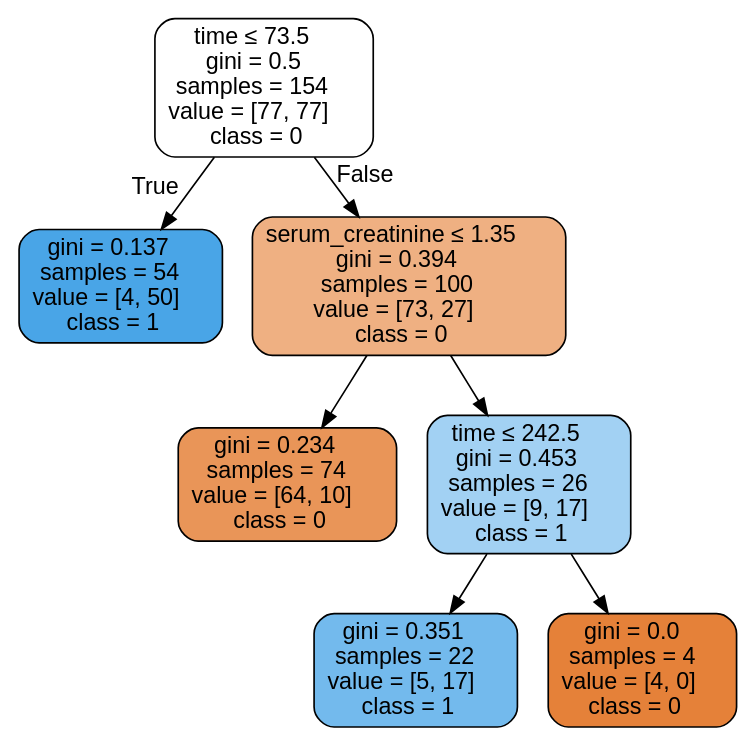
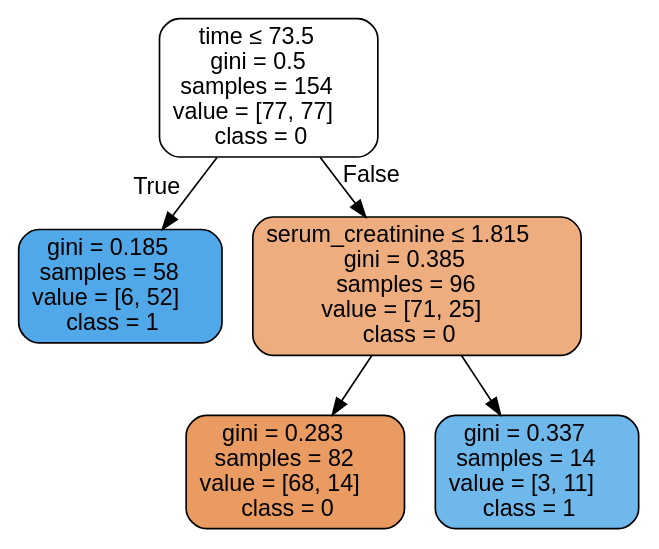
Before and after one commit to isabelSoares/CD-2021: the diagram in Labs/NewClassifiers/Results/DecisionTrees/UnderSample/ - No Outliers & Feature Selection/HFCR - UnderSample - dtree.dot, drawn with Graphviz. The commit also changed 281 other files, not shown here.

```diff
--- a/Labs/NewClassifiers/Results/DecisionTrees/UnderSample/ - No Outliers & Feature Selection/HFCR - UnderSample - dtree.dot
+++ b/Labs/NewClassifiers/Results/DecisionTrees/UnderSample/ - No Outliers & Feature Selection/HFCR - UnderSample - dtree.dot
@@ -1,17 +1,13 @@
 digraph Tree {
 node [shape=box, style="filled, rounded", color="black", fontname=helvetica] ;
 edge [fontname=helvetica] ;
 0 [label=<time &le; 73.5<br/>gini = 0.5<br/>samples = 154<br/>value = [77, 77]<br/>class = 0>, fillcolor="#ffffff"] ;
-1 [label=<gini = 0.137<br/>samples = 54<br/>value = [4, 50]<br/>class = 1>, fillcolor="#49a5e7"] ;
+1 [label=<gini = 0.185<br/>samples = 58<br/>value = [6, 52]<br/>class = 1>, fillcolor="#50a8e8"] ;
 0 -> 1 [labeldistance=2.5, labelangle=45, headlabel="True"] ;
-2 [label=<serum_creatinine &le; 1.35<br/>gini = 0.394<br/>samples = 100<br/>value = [73, 27]<br/>class = 0>, fillcolor="#efb082"] ;
+2 [label=<serum_creatinine &le; 1.815<br/>gini = 0.385<br/>samples = 96<br/>value = [71, 25]<br/>class = 0>, fillcolor="#eead7f"] ;
 0 -> 2 [labeldistance=2.5, labelangle=-45, headlabel="False"] ;
-3 [label=<gini = 0.234<br/>samples = 74<br/>value = [64, 10]<br/>class = 0>, fillcolor="#e99558"] ;
+3 [label=<gini = 0.283<br/>samples = 82<br/>value = [68, 14]<br/>class = 0>, fillcolor="#ea9b62"] ;
 2 -> 3 ;
-4 [label=<time &le; 242.5<br/>gini = 0.453<br/>samples = 26<br/>value = [9, 17]<br/>class = 1>, fillcolor="#a2d1f3"] ;
+4 [label=<gini = 0.337<br/>samples = 14<br/>value = [3, 11]<br/>class = 1>, fillcolor="#6fb8ec"] ;
 2 -> 4 ;
-5 [label=<gini = 0.351<br/>samples = 22<br/>value = [5, 17]<br/>class = 1>, fillcolor="#73baed"] ;
-4 -> 5 ;
-6 [label=<gini = 0.0<br/>samples = 4<br/>value = [4, 0]<br/>class = 0>, fillcolor="#e58139"] ;
-4 -> 6 ;
 }
```
